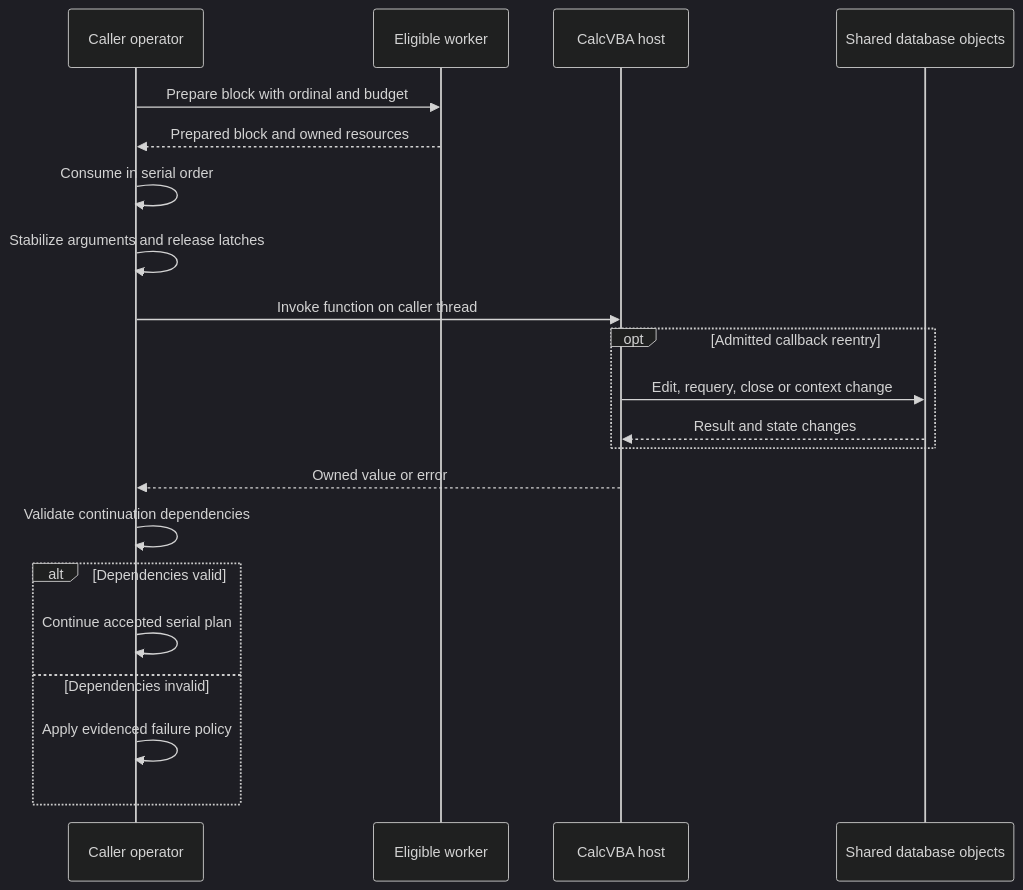
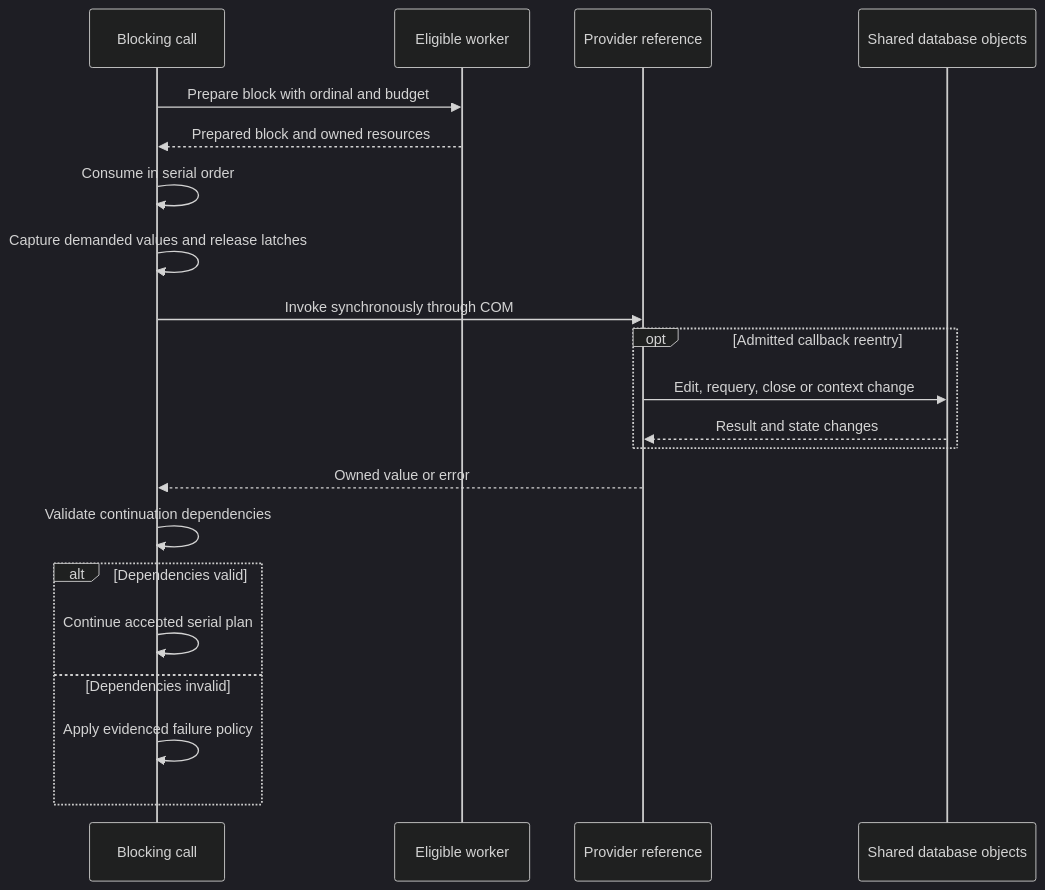
One commit to DnaCalc/CalcDb changed the second of 2 diagrams in docs/book/I-11-sql.md. Above: the diagram before and after it, drawn with Mermaid (dark theme). The commit also changed other lines of this file and 41 other files, not shown here.

````diff
--- a/docs/book/I-11-sql.md
+++ b/docs/book/I-11-sql.md
@@ -69,23 +73,23 @@
 ```mermaid
 sequenceDiagram
-    participant C as Caller operator
+    participant C as Blocking call
     participant W as Eligible worker
-    participant V as CalcVBA host
+    participant V as Provider reference
     participant D as Shared database objects
     C->>W: Prepare block with ordinal and budget
     W-->>C: Prepared block and owned resources
     C->>C: Consume in serial order
-    C->>C: Stabilize arguments and release latches
-    C->>V: Invoke function on caller thread
+    C->>C: Capture demanded values and release latches
+    C->>V: Invoke synchronously through COM
     opt Admitted callback reentry
         V->>D: Edit, requery, close or context change
         D-->>V: Result and state changes
     end
     V-->>C: Owned value or error
     C->>C: Validate continuation dependencies
     alt Dependencies valid
         C->>C: Continue accepted serial plan
     else Dependencies invalid
         C->>C: Apply evidenced failure policy
     end
 ```
````
